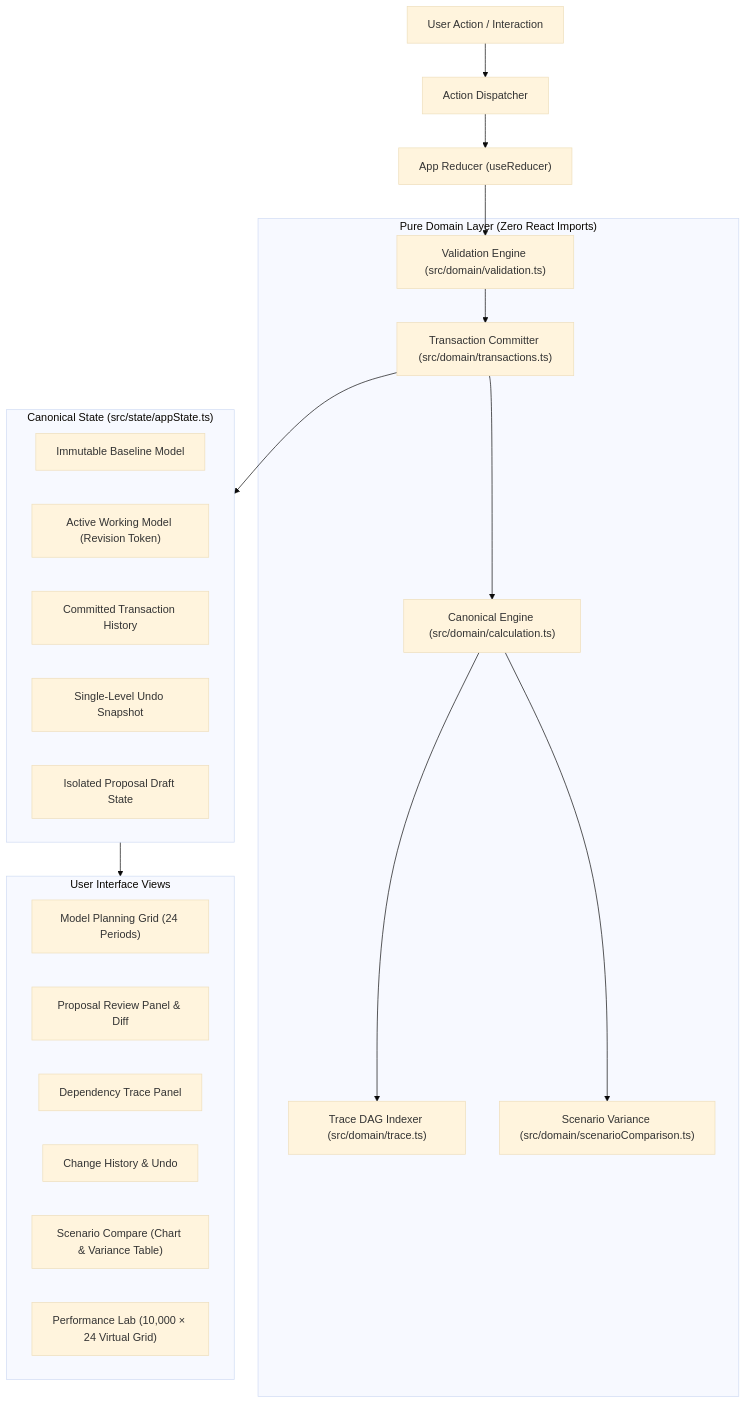
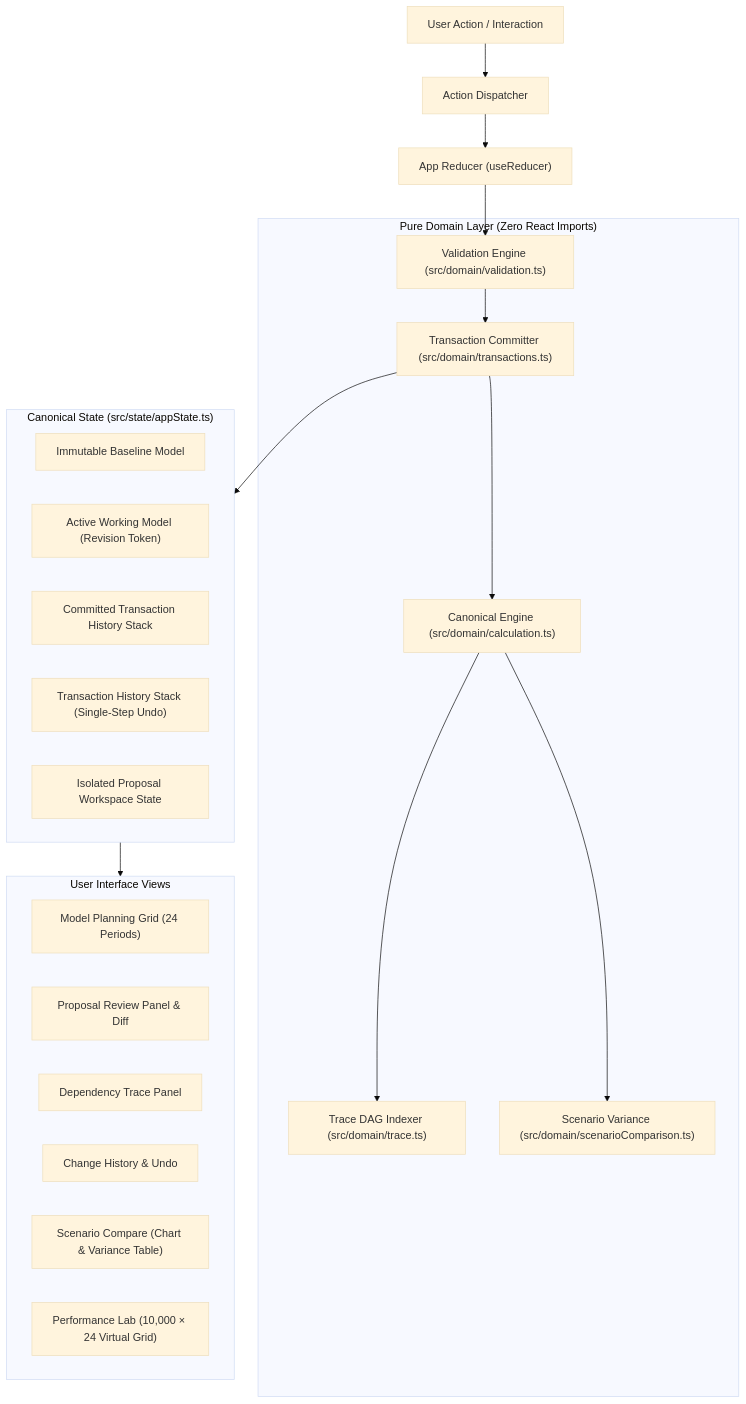
Before and after one commit to Satjeet2005/model-change-review-lab: the first of 2 diagrams in README.md, drawn with Mermaid (base theme). The commit also changed other lines of this file and 29 other files, not shown here.

````diff
--- a/README.md
+++ b/README.md
@@ -29,39 +29,39 @@
 ```mermaid
 flowchart TD
     UserAction["User Action / Interaction"] --> Dispatch["Action Dispatcher"]
     Dispatch --> Reducer["App Reducer (useReducer)"]
 
     subgraph DomainLayer["Pure Domain Layer (Zero React Imports)"]
         Validation["Validation Engine (src/domain/validation.ts)"]
         Calculation["Canonical Engine (src/domain/calculation.ts)"]
         TraceDAG["Trace DAG Indexer (src/domain/trace.ts)"]
         Transactions["Transaction Committer (src/domain/transactions.ts)"]
         Comparison["Scenario Variance (src/domain/scenarioComparison.ts)"]
     end
 
     Reducer --> Validation
     Validation --> Transactions
     Transactions --> Calculation
     Calculation --> TraceDAG
     Calculation --> Comparison
 
     subgraph StateTree["Canonical State (src/state/appState.ts)"]
         BaselineModel["Immutable Baseline Model"]
         WorkingModel["Active Working Model (Revision Token)"]
-        ChangeHistory["Committed Transaction History"]
-        UndoSnapshot["Single-Level Undo Snapshot"]
-        ProposalState["Isolated Proposal Draft State"]
+        ChangeHistory["Committed Transaction History Stack"]
+        UndoSnapshot["Transaction History Stack (Single-Step Undo)"]
+        ProposalState["Isolated Proposal Workspace State"]
     end
 
     Transactions --> StateTree
     StateTree --> UIViews["React UI Shell & Pages"]
 
     subgraph UIViews["User Interface Views"]
         ModelGrid["Model Planning Grid (24 Periods)"]
         ProposalReview["Proposal Review Panel & Diff"]
         TracePanel["Dependency Trace Panel"]
         HistoryPanel["Change History & Undo"]
         ScenarioPage["Scenario Compare (Chart & Variance Table)"]
         PerfLab["Performance Lab (10,000 × 24 Virtual Grid)"]
     end
 ```
````
